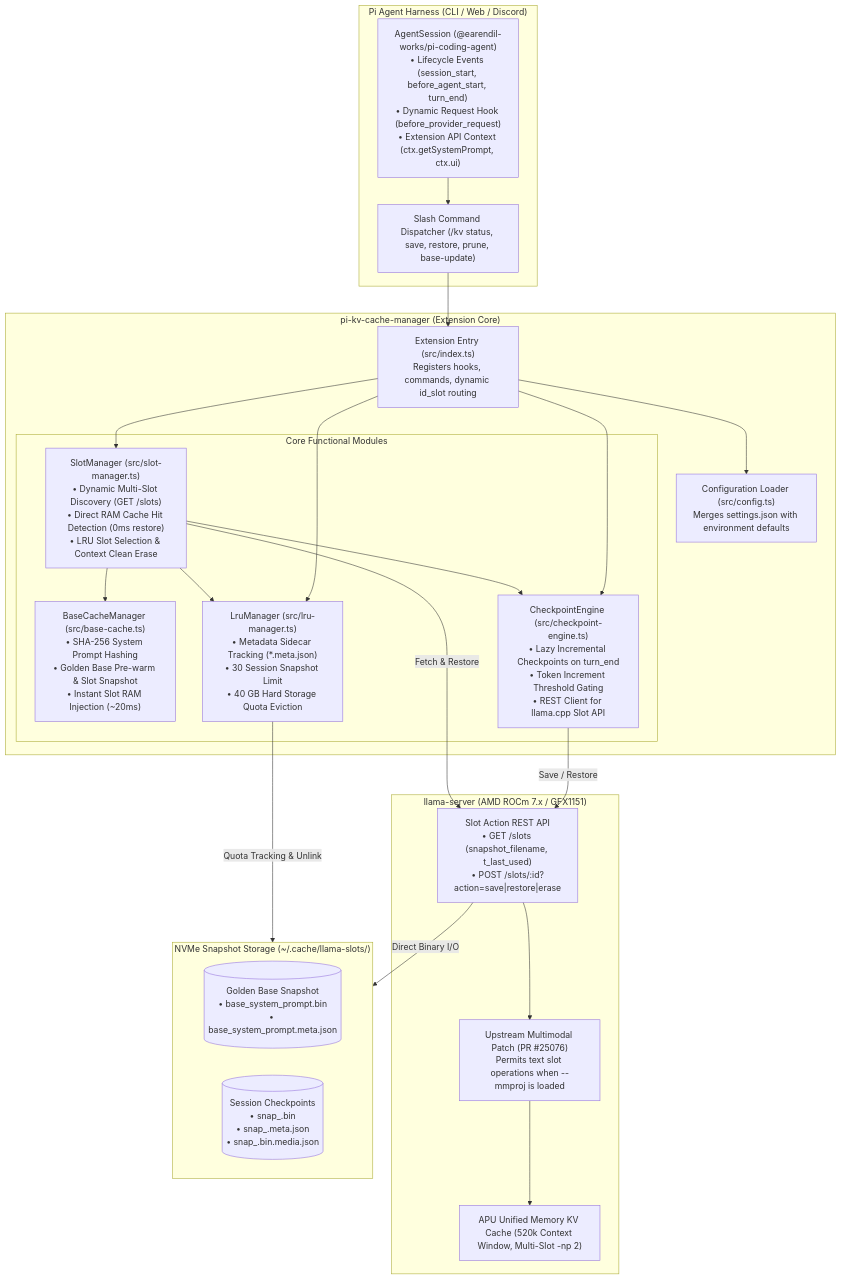
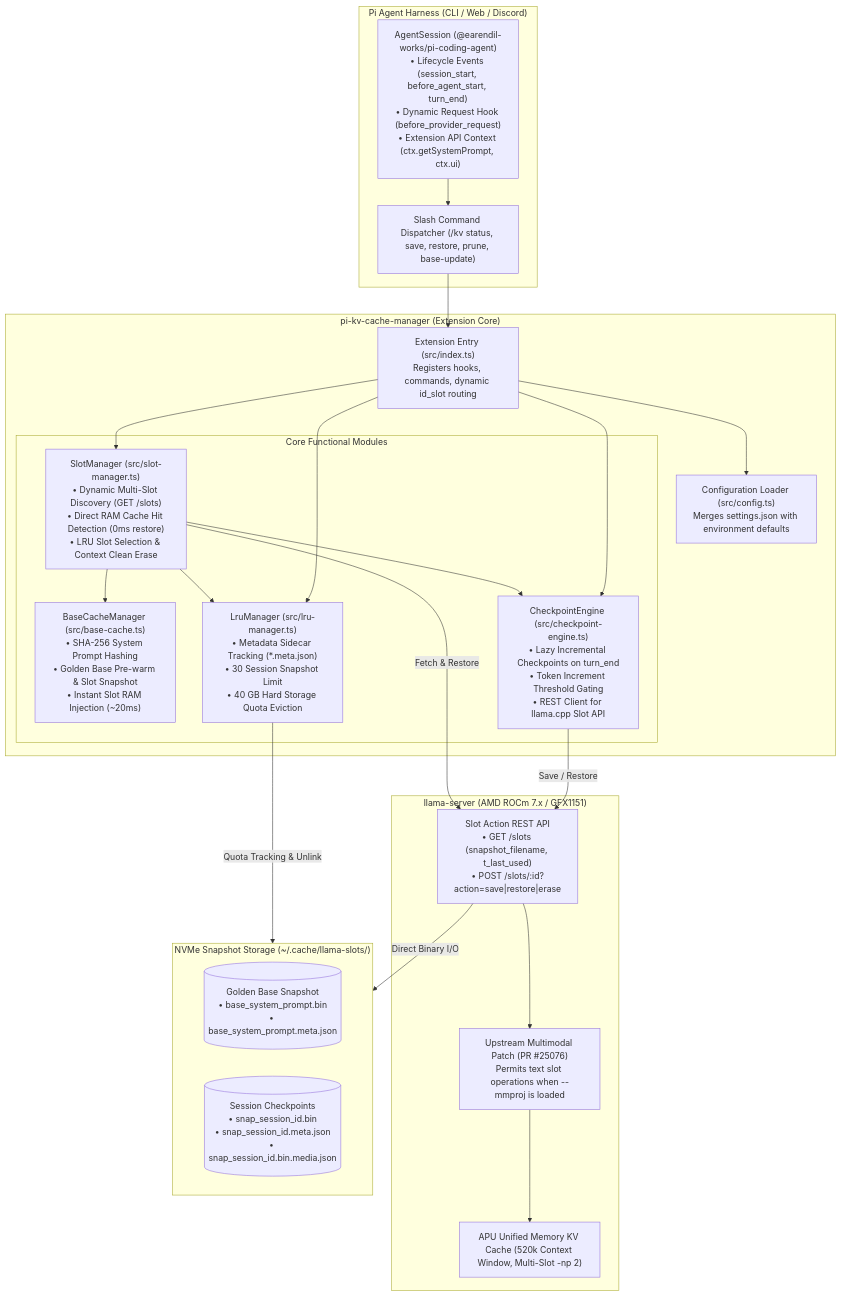
The first of 5 diagrams in README.md (AyaSakura-comp/pi-kv-cache-manager), drawn with Mermaid before and after one commit. The commit also changed other lines of this file, not shown here.

Commit message:
docs: fix Mermaid syntax error in README flowchart node labels

````diff
--- a/README.md
+++ b/README.md
@@ -60,52 +60,52 @@
 ```mermaid
 graph TB
     subgraph HostClient ["Pi Agent Harness (CLI / Web / Discord)"]
         PiSession["AgentSession (@earendil-works/pi-coding-agent)<br/>• Lifecycle Events (session_start, before_agent_start, turn_end)<br/>• Dynamic Request Hook (before_provider_request)<br/>• Extension API Context (ctx.getSystemPrompt, ctx.ui)"]
         SlashCmd["Slash Command Dispatcher (/kv status, save, restore, prune, base-update)"]
         PiSession --> SlashCmd
     end
 
     subgraph ExtensionCore ["pi-kv-cache-manager (Extension Core)"]
         ExtEntry["Extension Entry (src/index.ts)<br/>Registers hooks, commands, dynamic id_slot routing"]
         ConfigMgr["Configuration Loader (src/config.ts)<br/>Merges settings.json with environment defaults"]
         
         ExtEntry --> ConfigMgr
 
         subgraph Modules ["Core Functional Modules"]
             SlotMgr["SlotManager (src/slot-manager.ts)<br/>• Dynamic Multi-Slot Discovery (GET /slots)<br/>• Direct RAM Cache Hit Detection (0ms restore)<br/>• LRU Slot Selection & Context Clean Erase"]
 
             BaseCache["BaseCacheManager (src/base-cache.ts)<br/>• SHA-256 System Prompt Hashing<br/>• Golden Base Pre-warm & Slot Snapshot<br/>• Instant Slot RAM Injection (~20ms)"]
             
             Checkpointer["CheckpointEngine (src/checkpoint-engine.ts)<br/>• Lazy Incremental Checkpoints on turn_end<br/>• Token Increment Threshold Gating<br/>• REST Client for llama.cpp Slot API"]
             
             LruEngine["LruManager (src/lru-manager.ts)<br/>• Metadata Sidecar Tracking (*.meta.json)<br/>• 30 Session Snapshot Limit<br/>• 40 GB Hard Storage Quota Eviction"]
         end
 
         ExtEntry --> SlotMgr
         SlotMgr --> BaseCache
         SlotMgr --> Checkpointer
         SlotMgr --> LruEngine
         ExtEntry --> Checkpointer
         ExtEntry --> LruEngine
     end
 
     subgraph LlamaServer ["llama-server (AMD ROCm 7.x / GFX1151)"]
         SlotEndpoint["Slot Action REST API<br/>• GET /slots (snapshot_filename, t_last_used)<br/>• POST /slots/:id?action=save|restore|erase"]
         MultimodalPatch["Upstream Multimodal Patch (PR #25076)<br/>Permits text slot operations when --mmproj is loaded"]
         GpuKvCache["APU Unified Memory KV Cache (520k Context Window, Multi-Slot -np 2)"]
 
         SlotEndpoint --> MultimodalPatch
         MultimodalPatch --> GpuKvCache
     end
 
     subgraph StorageLayer ["NVMe Snapshot Storage (~/.cache/llama-slots/)"]
         BaseFiles[("Golden Base Snapshot<br/>• base_system_prompt.bin<br/>• base_system_prompt.meta.json")]
-        SessionFiles[("Session Checkpoints<br/>• snap_<id>.bin<br/>• snap_<id>.meta.json<br/>• snap_<id>.bin.media.json")]
+        SessionFiles[("Session Checkpoints<br/>• snap_session_id.bin<br/>• snap_session_id.meta.json<br/>• snap_session_id.bin.media.json")]
     end
 
     SlashCmd --> ExtEntry
     SlotMgr -->|Fetch & Restore| SlotEndpoint
     Checkpointer -->|Save / Restore| SlotEndpoint
     LruEngine -->|Quota Tracking & Unlink| StorageLayer
     SlotEndpoint -->|Direct Binary I/O| StorageLayer
 ```
````
